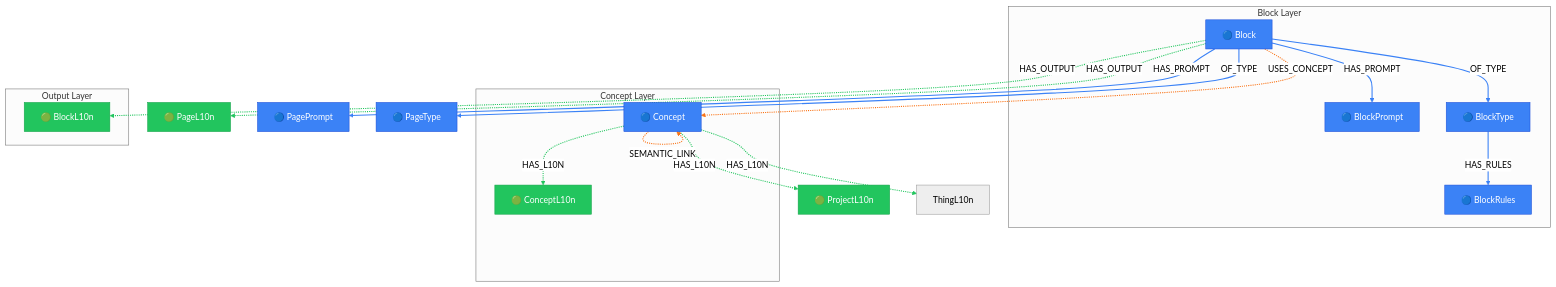
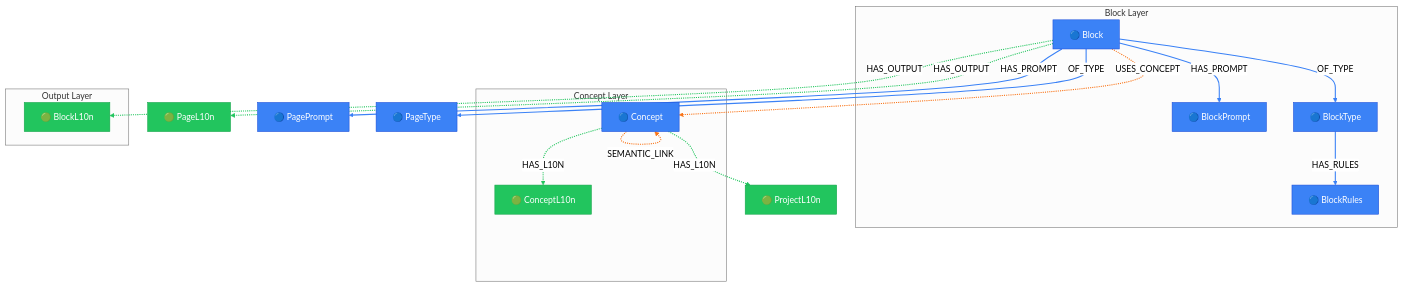
One commit to supernovae-st/novanet changed the diagram in packages/core/models/docs/block-generation.md. Above: the diagram before and after it, drawn with Mermaid (neutral theme). The commit also changed 19 other files, not shown here.

First line of the commit message:
docs(v10.1): comprehensive cleanup after SEO architecture refactor

````diff
--- a/packages/core/models/docs/block-generation.md
+++ b/packages/core/models/docs/block-generation.md
@@ -26,66 +26,65 @@
 ```mermaid
 flowchart TB
   %% View: Block Generation Context (block-generation)
-  %% 11 nodes, 12 edges
+  %% 11 nodes, 11 edges
 
   %% Trait styling (node_trait)
   classDef invariant fill:#3b82f6,stroke:#1d4ed8,color:#fff
   classDef localized fill:#22c55e,stroke:#16a34a,color:#fff
   classDef knowledge fill:#8b5cf6,stroke:#7c3aed,color:#fff
   classDef derived fill:#9ca3af,stroke:#6b7280,color:#fff
   classDef job fill:#6b7280,stroke:#4b5563,color:#fff
 
   subgraph BLOCK_LAYER["Block Layer"]
     Block["🔵 Block"]
     BlockPrompt["🔵 BlockPrompt"]
     BlockType["🔵 BlockType"]
     BlockRules["🔵 BlockRules"]
   end
 
   subgraph CONCEPT_LAYER["Concept Layer"]
     Concept["🔵 Concept"]
     ConceptL10n["🟢 ConceptL10n"]
   end
 
   subgraph OUTPUT_LAYER["Output Layer"]
     BlockL10n["🟢 BlockL10n"]
   end
 
   %% Additional reachable nodes
   PageL10n["🟢 PageL10n"]
   PagePrompt["🔵 PagePrompt"]
   PageType["🔵 PageType"]
   ProjectL10n["🟢 ProjectL10n"]
 
   %% Relationships (styled by arc family)
   Block -.->|HAS_OUTPUT| BlockL10n
   Block -.->|HAS_OUTPUT| PageL10n
   Block -->|HAS_PROMPT| BlockPrompt
   Block -->|HAS_PROMPT| PagePrompt
   Block -->|OF_TYPE| BlockType
   Block -->|OF_TYPE| PageType
   Block -.->|USES_CONCEPT| Concept
   BlockType -->|HAS_RULES| BlockRules
   Concept -.->|HAS_L10N| ConceptL10n
   Concept -.->|HAS_L10N| ProjectL10n
-  Concept -.->|HAS_L10N| ThingL10n
   Concept -.->|SEMANTIC_LINK| Concept
 
   %% Edge colors by family
-  linkStyle 0,1,8,9,10 stroke:#22c55e,stroke-width:2px
+  linkStyle 0,1,8,9 stroke:#22c55e,stroke-width:2px
   linkStyle 2,3,4,5,7 stroke:#3b82f6,stroke-width:2px
-  linkStyle 6,11 stroke:#f97316,stroke-width:2px
+  linkStyle 6,10 stroke:#f97316,stroke-width:2px
 
   %% Class assignments
   class Block invariant
   class BlockL10n localized
   class BlockPrompt invariant
   class BlockRules invariant
   class BlockType invariant
   class Concept invariant
   class ConceptL10n localized
   class PageL10n localized
   class PagePrompt invariant
   class PageType invariant
   class ProjectL10n localized
 ```
````
